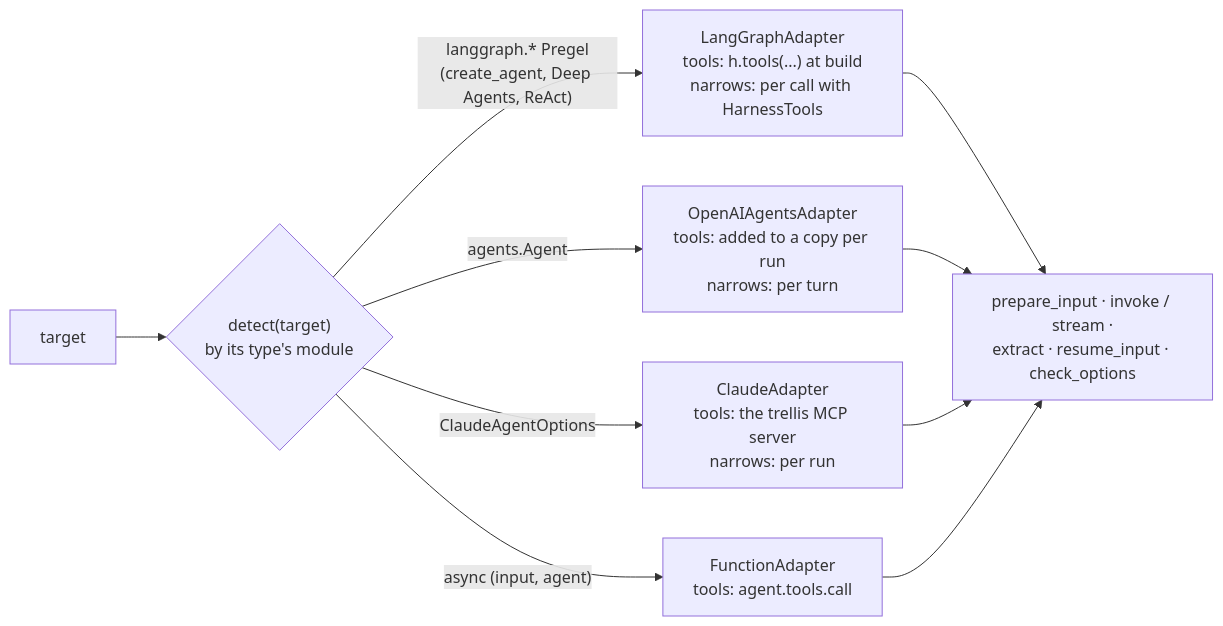
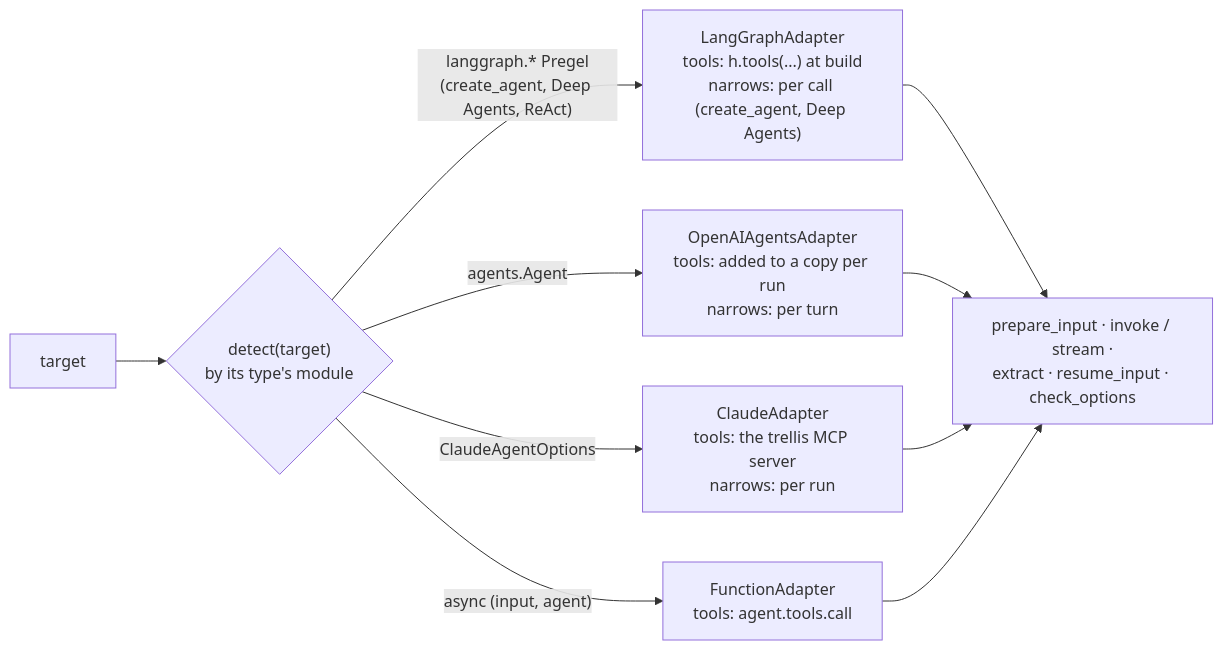
Before and after one commit to amitmohapatra/agent-harness: the eighth of 10 diagrams in docs/architecture.md, drawn with Mermaid. The commit also changed other lines of this file and 36 other files, not shown here.

````diff
--- a/docs/architecture.md
+++ b/docs/architecture.md
@@ -410,9 +410,9 @@
 ```mermaid
 flowchart LR
   target["target"] --> detect{"detect(target)<br/>by its type's module"}
-  detect -->|"langgraph.* Pregel<br/>(create_agent, Deep Agents, ReAct)"| lg["LangGraphAdapter<br/>tools: h.tools(...) at build<br/>narrows: per call with HarnessTools"]
+  detect -->|"langgraph.* Pregel<br/>(create_agent, Deep Agents, ReAct)"| lg["LangGraphAdapter<br/>tools: h.tools(...) at build<br/>narrows: per call (create_agent, Deep Agents)"]
   detect -->|"agents.Agent"| oa["OpenAIAgentsAdapter<br/>tools: added to a copy per run<br/>narrows: per turn"]
   detect -->|"ClaudeAgentOptions"| cl["ClaudeAdapter<br/>tools: the trellis MCP server<br/>narrows: per run"]
   detect -->|"async (input, agent)"| fn["FunctionAdapter<br/>tools: agent.tools.call"]
   lg & oa & cl & fn --> contract["prepare_input · invoke / stream ·<br/>extract · resume_input · check_options"]
 ```
````
